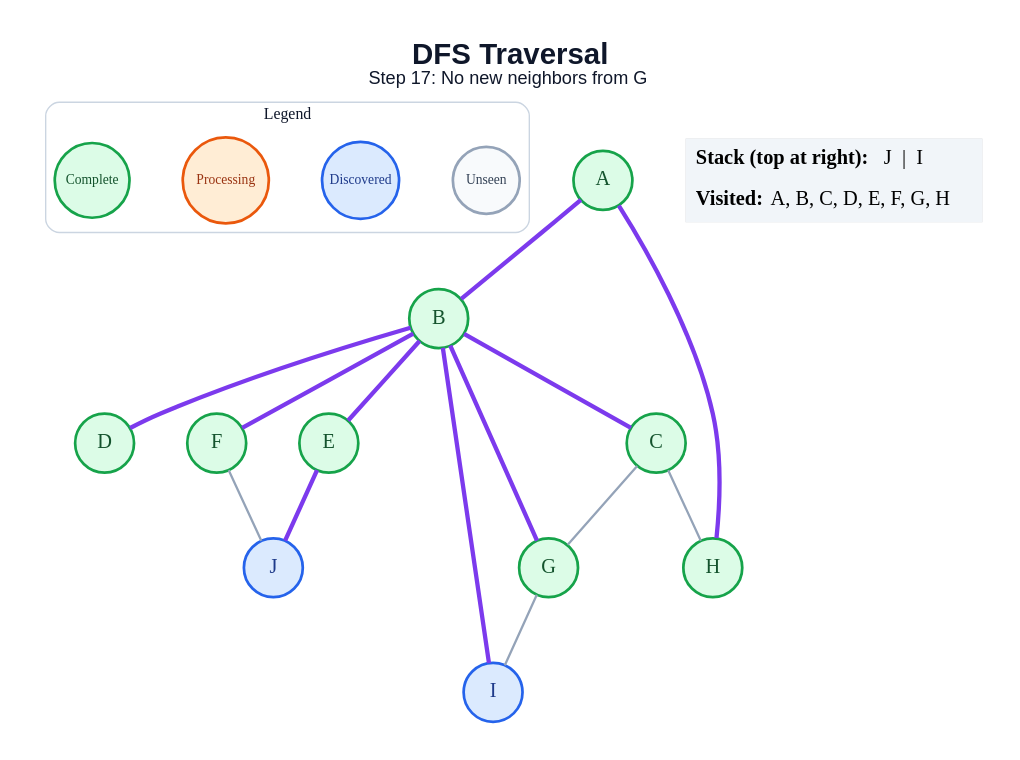
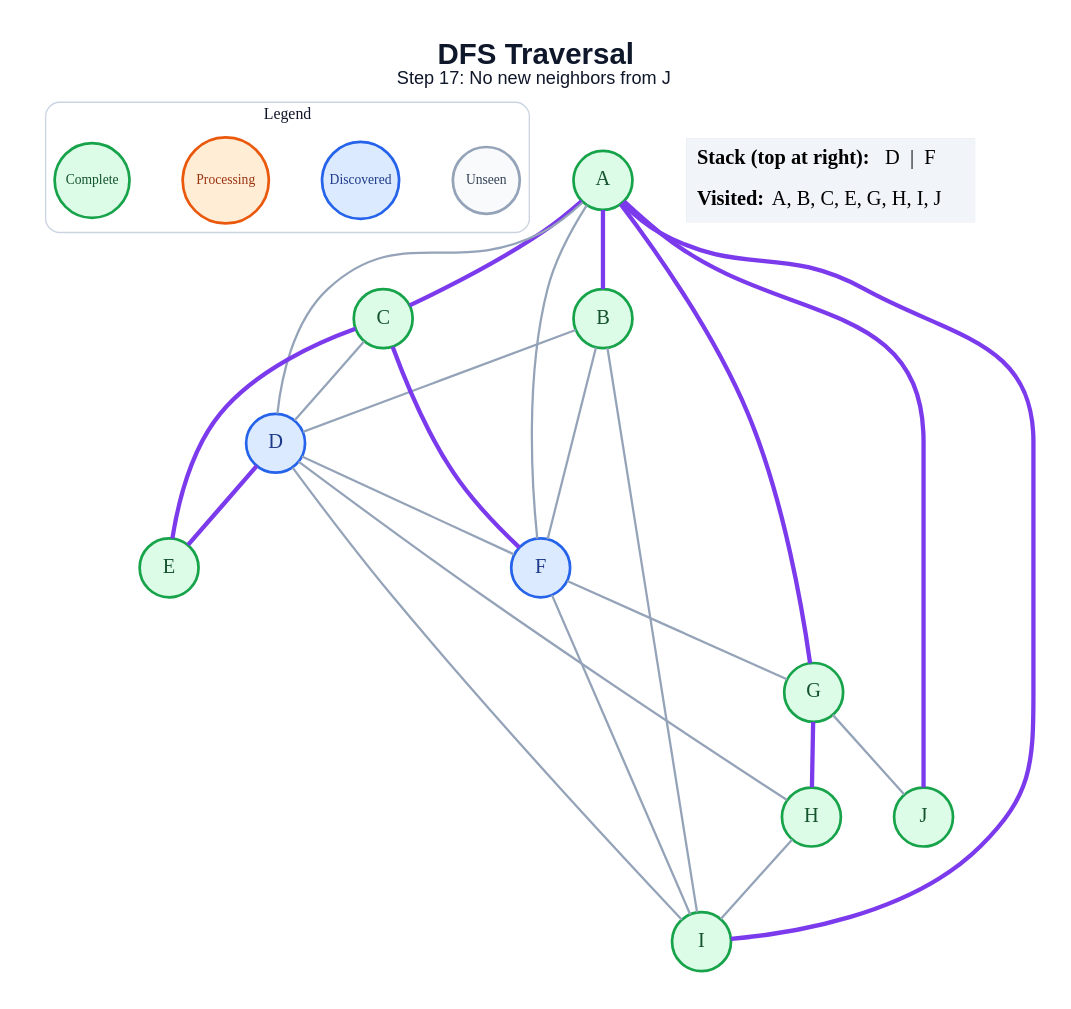
Before and after one commit to amanghodawala9/ai-slop: the diagram in generated/specific-node/dfs/step_17.dot, drawn with Graphviz. The commit also changed 178 other files, not shown here.

```diff
--- a/generated/specific-node/dfs/step_17.dot
+++ b/generated/specific-node/dfs/step_17.dot
@@ -1,42 +1,51 @@
 graph traversal {
   graph [layout=dot, rankdir=TB, bgcolor="#FFFFFF", pad="0.35", nodesep="0.65", ranksep="0.8", fontname="Arial"];
   node [shape=circle, style="filled", fontname="Arial Bold", fontsize=18, width=0.72, fixedsize=true, penwidth=2.4];
   edge [color="#94A3B8", penwidth=2.0];
-  label=<<B>DFS Traversal</B><BR/><FONT POINT-SIZE="16">Step 17: No new neighbors from G</FONT>>; labelloc="t"; fontsize=26; fontname="Arial"; fontcolor="#0F172A";
+  label=<<B>DFS Traversal</B><BR/><FONT POINT-SIZE="16">Step 17: No new neighbors from J</FONT>>; labelloc="t"; fontsize=26; fontname="Arial"; fontcolor="#0F172A";
   subgraph cluster_legend { label="Legend"; color="#CBD5E1"; penwidth=1.2; style="rounded"; fontsize=14; fontname="Arial Bold";
     key_unseen [label="Unseen", fillcolor="#F8FAFC", color="#94A3B8", fontcolor="#334155", fontsize=12, width=0.82];
     key_frontier [label="Discovered", fillcolor="#DBEAFE", color="#2563EB", fontcolor="#1E3A8A", fontsize=12, width=0.95];
     key_current [label="Processing", fillcolor="#FFEDD5", color="#EA580C", fontcolor="#9A3412", fontsize=12, width=1.05];
     key_done [label="Complete", fillcolor="#DCFCE7", color="#16A34A", fontcolor="#14532D", fontsize=12, width=0.92];
     { rank=same; key_unseen; key_frontier; key_current; key_done; }
   }
   A [fillcolor="#DCFCE7", color="#16A34A", fontcolor="#14532D"];
   B [fillcolor="#DCFCE7", color="#16A34A", fontcolor="#14532D"];
   C [fillcolor="#DCFCE7", color="#16A34A", fontcolor="#14532D"];
-  D [fillcolor="#DCFCE7", color="#16A34A", fontcolor="#14532D"];
+  D [fillcolor="#DBEAFE", color="#2563EB", fontcolor="#1E3A8A"];
   E [fillcolor="#DCFCE7", color="#16A34A", fontcolor="#14532D"];
-  F [fillcolor="#DCFCE7", color="#16A34A", fontcolor="#14532D"];
+  F [fillcolor="#DBEAFE", color="#2563EB", fontcolor="#1E3A8A"];
   G [fillcolor="#DCFCE7", color="#16A34A", fontcolor="#14532D"];
   H [fillcolor="#DCFCE7", color="#16A34A", fontcolor="#14532D"];
-  I [fillcolor="#DBEAFE", color="#2563EB", fontcolor="#1E3A8A"];
-  J [fillcolor="#DBEAFE", color="#2563EB", fontcolor="#1E3A8A"];
+  I [fillcolor="#DCFCE7", color="#16A34A", fontcolor="#14532D"];
+  J [fillcolor="#DCFCE7", color="#16A34A", fontcolor="#14532D"];
   A -- B [color="#7C3AED", penwidth=3.8];
-  A -- H [color="#7C3AED", penwidth=3.8];
-  B -- C [color="#7C3AED", penwidth=3.8];
-  B -- D [color="#7C3AED", penwidth=3.8];
-  B -- E [color="#7C3AED", penwidth=3.8];
-  B -- F [color="#7C3AED", penwidth=3.8];
-  B -- G [color="#7C3AED", penwidth=3.8];
-  B -- I [color="#7C3AED", penwidth=3.8];
-  C -- G;
-  C -- H;
-  E -- J [color="#7C3AED", penwidth=3.8];
-  F -- J;
-  G -- I;
+  A -- C [color="#7C3AED", penwidth=3.8];
+  A -- D;
+  A -- F;
+  A -- G [color="#7C3AED", penwidth=3.8];
+  A -- I [color="#7C3AED", penwidth=3.8];
+  A -- J [color="#7C3AED", penwidth=3.8];
+  B -- D;
+  B -- F;
+  B -- I;
+  C -- D;
+  C -- E [color="#7C3AED", penwidth=3.8];
+  C -- F [color="#7C3AED", penwidth=3.8];
+  D -- E [color="#7C3AED", penwidth=3.8];
+  D -- F;
+  D -- H;
+  D -- I;
+  F -- G;
+  F -- I;
+  G -- H [color="#7C3AED", penwidth=3.8];
+  G -- J;
+  H -- I;
   status [shape=plain, fixedsize=false, width=0, height=0, margin=0, label=<
     <TABLE BORDER="0" CELLBORDER="0" CELLPADDING="7" BGCOLOR="#F1F5F9">
-      <TR><TD ALIGN="LEFT"><B>Stack (top at right):</B> J  |  I</TD></TR>
-      <TR><TD ALIGN="LEFT"><B>Visited:</B> A, B, C, D, E, F, G, H</TD></TR>
+      <TR><TD ALIGN="LEFT"><B>Stack (top at right):</B> D  |  F</TD></TR>
+      <TR><TD ALIGN="LEFT"><B>Visited:</B> A, B, C, E, G, H, I, J</TD></TR>
     </TABLE>
   >];
 }
```
